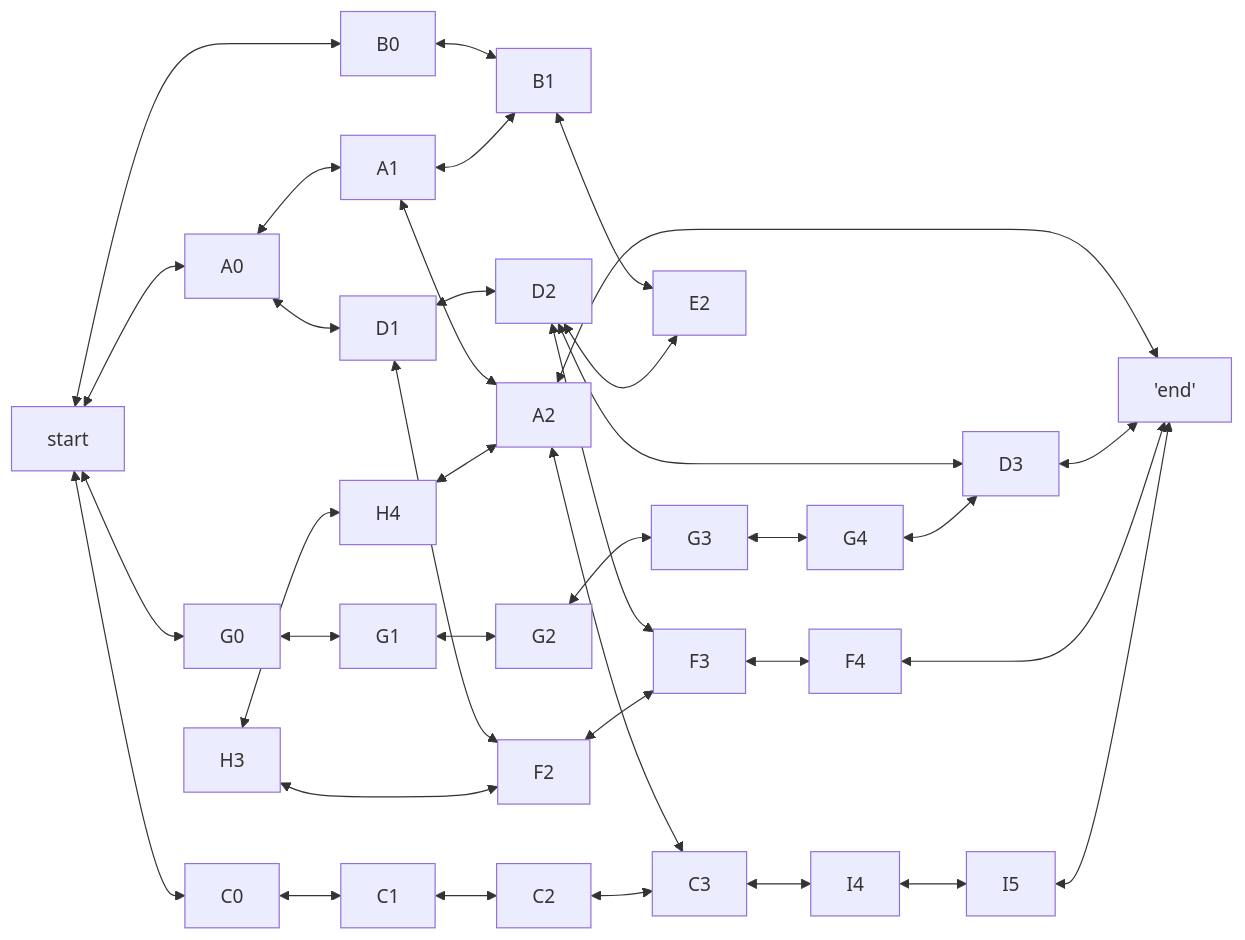
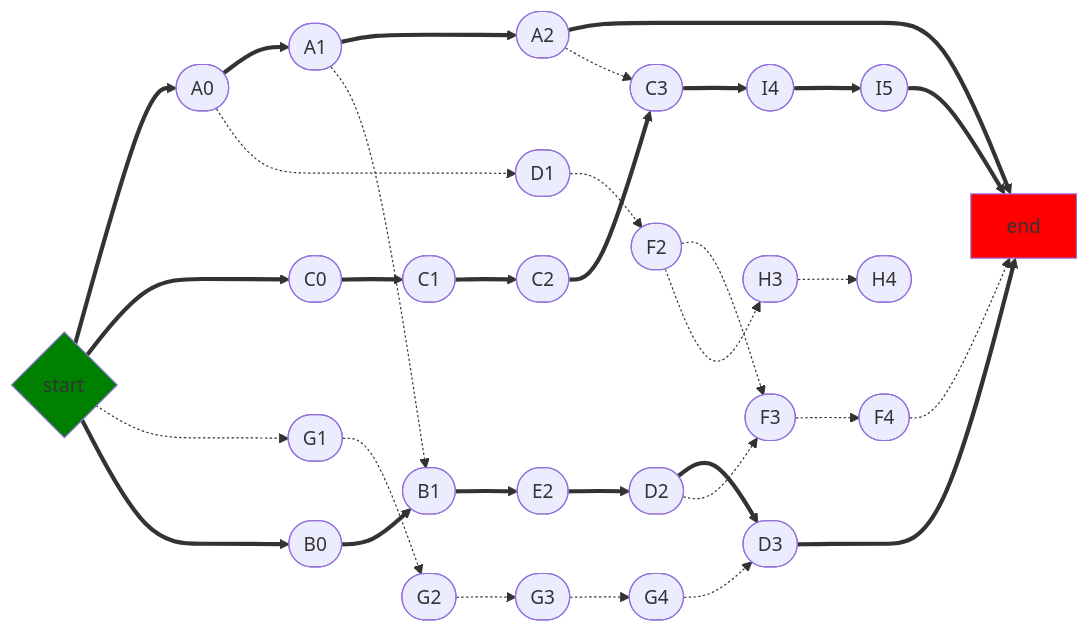
Before and after one commit to AllenLeeyn/lem-in: the sixth of 7 diagrams in README.md, drawn with Mermaid. The commit also changed other lines of this file and 8 other files, not shown here.

Commit message:
WIP: Updated README flowcharts and main error validation; added getData.go and bad examples. Added funcs but not working well: test, findGoodPath, moveAnts

````diff
--- a/README.md
+++ b/README.md
@@ -94,35 +119,16 @@
 ```mermaid
 flowchart LR
-start<-->A0 & B0 & C0 & G0
-B0<-->B1
-A0<-->A1
-A0<-->D1
-A1<-->A2
-A1<-->B1
-A2<-->'end'
-A2<-->C3
-B1<-->E2
-C0<-->C1
-C1<-->C2
-C2<-->C3
-C3<-->I4
-D1<-->D2
-D1<-->F2
-D2<-->E2
-D2<-->D3
-D2<-->F3
-D3<-->'end'
-F2<-->F3
-F3<-->F4
-F4<-->'end'
-G0<-->G1
-G1<-->G2
-G2<-->G3
-G3<-->G4
-G4<-->D3
-H3<-->F2
-H3<-->H4
-H4<-->A2
-I4<-->I5
-I5<-->'end'
+Start{start} ==> A0([A0]) ==> A1([A1]) ==> A2([A2]) ==> End[end]
+Start{start} ==> C0([C0]) ==> C1([C1]) ==> C2([C2]) ==> C3([C3]) ==> I4([I4]) ==> I5([I5]) ==> End[end]
+Start{start} -.-> G1([G1]) -.-> G2([G2]) -.-> G3([G3]) -.-> G4([G4]) -.-> D3([D3])
+Start{start} ==> B0([B0]) ==> B1([B1]) ==> E2([E2]) ==> D2([D2]) ==> D3([D3]) ==> End[end]
+A0([A0]) -.-> D1([D1]) -.-> F2([F2]) -.-> F3([F3]) -.-> F4([F4]) -.-> End[end]
+A1([A1]) -.-> B1([B1])
+A2([A2]) -.-> C3([C3])
+D2([D2]) -.-> F3([F3])
+F2([F2]) -.-> H3([H3]) -.-> H4([H4])
+
+%%style
+    style Start fill:green
+    style End fill:red
 ```
````
